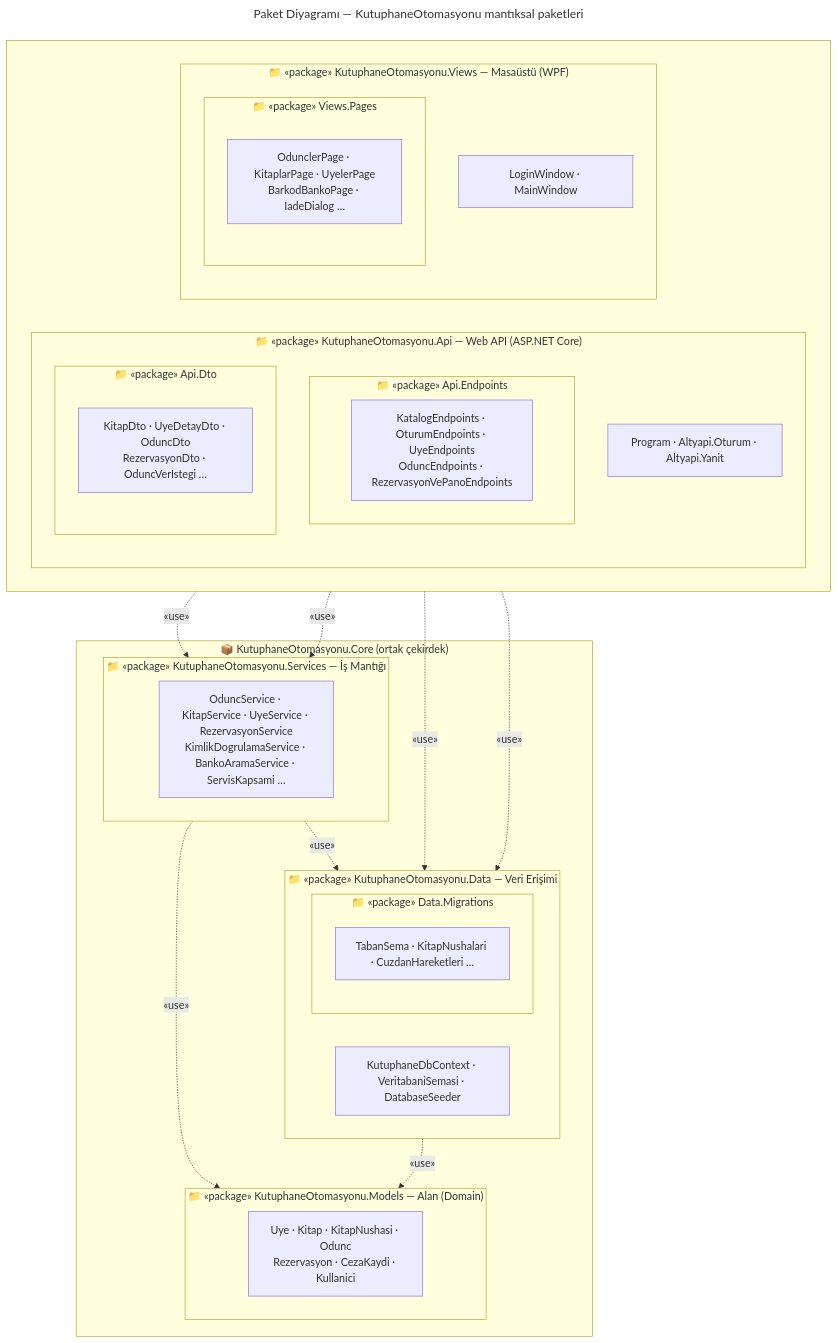
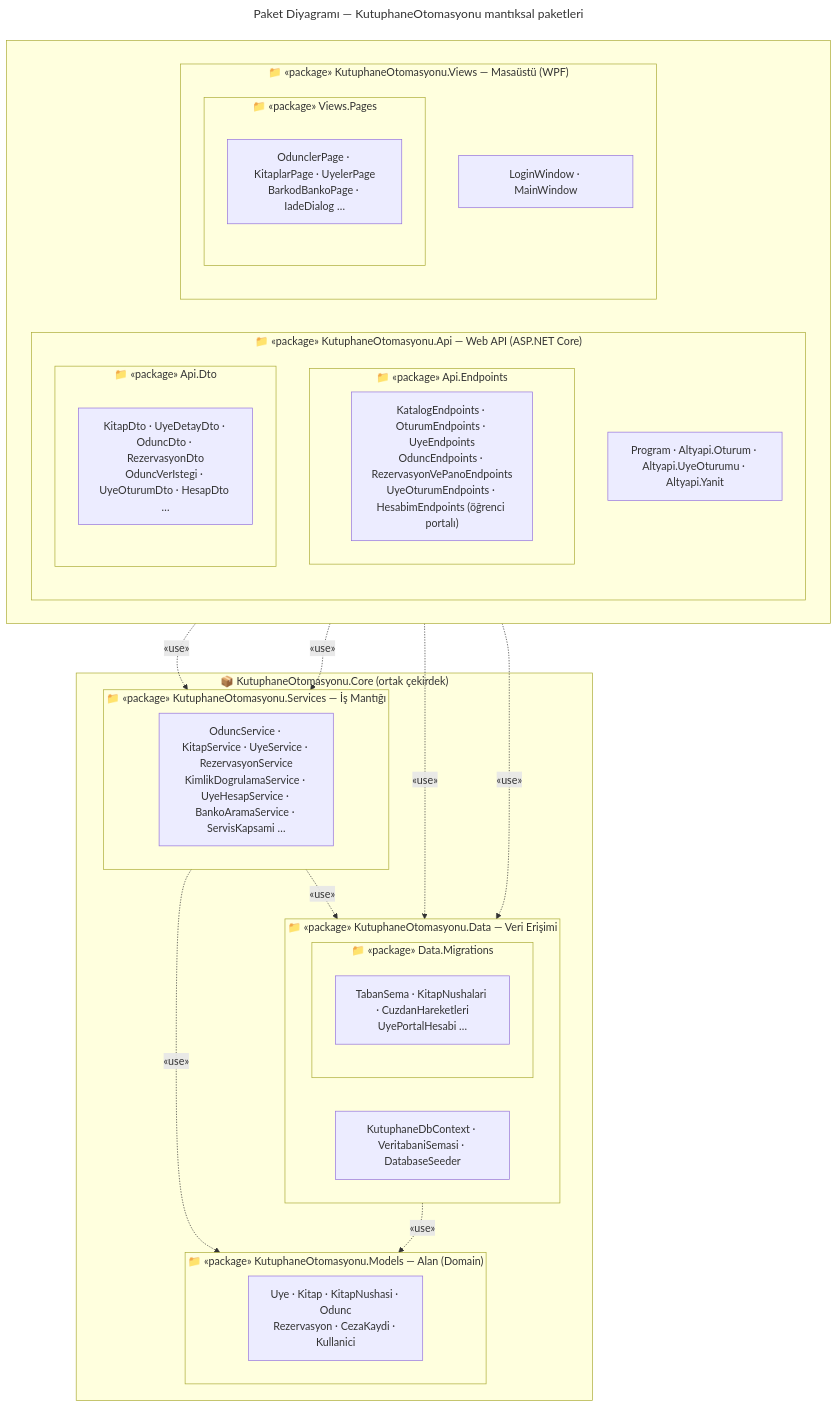
The diagram in docs/uml/3-paket-diyagrami.mmd (sudenurozturkk/KutuphaneOtomasyonu), drawn with Mermaid before and after one commit. The commit also changed 9 other files, not shown here.

First line of the commit message:
docs(uml): diyagramlari guncel kodla birebir esitle

```diff
--- a/docs/uml/3-paket-diyagrami.mmd
+++ b/docs/uml/3-paket-diyagrami.mmd
@@ -1,45 +1,45 @@
 ---
 title: Paket Diyagramı — KutuphaneOtomasyonu mantıksal paketleri
 ---
 flowchart TB
     subgraph Sunum[" "]
         direction LR
         subgraph Api["📁 «package» KutuphaneOtomasyonu.Api — Web API (ASP.NET Core)"]
-            A1["Program · Altyapi.Oturum · Altyapi.Yanit"]
+            A1["Program · Altyapi.Oturum · Altyapi.UyeOturumu · Altyapi.Yanit"]
             subgraph Endpoints["📁 «package» Api.Endpoints"]
-                A2["KatalogEndpoints · OturumEndpoints · UyeEndpoints<br/>OduncEndpoints · RezervasyonVePanoEndpoints"]
+                A2["KatalogEndpoints · OturumEndpoints · UyeEndpoints<br/>OduncEndpoints · RezervasyonVePanoEndpoints<br/>UyeOturumEndpoints · HesabimEndpoints (öğrenci portalı)"]
             end
             subgraph Dto["📁 «package» Api.Dto"]
-                A3["KitapDto · UyeDetayDto · OduncDto<br/>RezervasyonDto · OduncVerIstegi …"]
+                A3["KitapDto · UyeDetayDto · OduncDto · RezervasyonDto<br/>OduncVerIstegi · UyeOturumDto · HesapDto …"]
             end
         end
         subgraph Views["📁 «package» KutuphaneOtomasyonu.Views — Masaüstü (WPF)"]
             V["LoginWindow · MainWindow"]
             subgraph Pages["📁 «package» Views.Pages"]
                 P["OdunclerPage · KitaplarPage · UyelerPage<br/>BarkodBankoPage · IadeDialog …"]
             end
         end
     end
 
     subgraph Core["📦 KutuphaneOtomasyonu.Core (ortak çekirdek)"]
         subgraph Services["📁 «package» KutuphaneOtomasyonu.Services — İş Mantığı"]
-            S["OduncService · KitapService · UyeService · RezervasyonService<br/>KimlikDogrulamaService · BankoAramaService · ServisKapsami …"]
+            S["OduncService · KitapService · UyeService · RezervasyonService<br/>KimlikDogrulamaService · UyeHesapService · BankoAramaService · ServisKapsami …"]
         end
         subgraph Data["📁 «package» KutuphaneOtomasyonu.Data — Veri Erişimi"]
             D["KutuphaneDbContext · VeritabaniSemasi · DatabaseSeeder"]
             subgraph Migrations["📁 «package» Data.Migrations"]
-                M["TabanSema · KitapNushalari · CuzdanHareketleri …"]
+                M["TabanSema · KitapNushalari · CuzdanHareketleri<br/>UyePortalHesabi …"]
             end
         end
         subgraph Models["📁 «package» KutuphaneOtomasyonu.Models — Alan (Domain)"]
             E["Uye · Kitap · KitapNushasi · Odunc<br/>Rezervasyon · CezaKaydi · Kullanici"]
         end
     end
 
     Api -. "«use»" .-> Services
     Views -. "«use»" .-> Services
     Api -. "«use»" .-> Data
     Views -. "«use»" .-> Data
     Services -. "«use»" .-> Data
     Services -. "«use»" .-> Models
     Data -. "«use»" .-> Models
```
